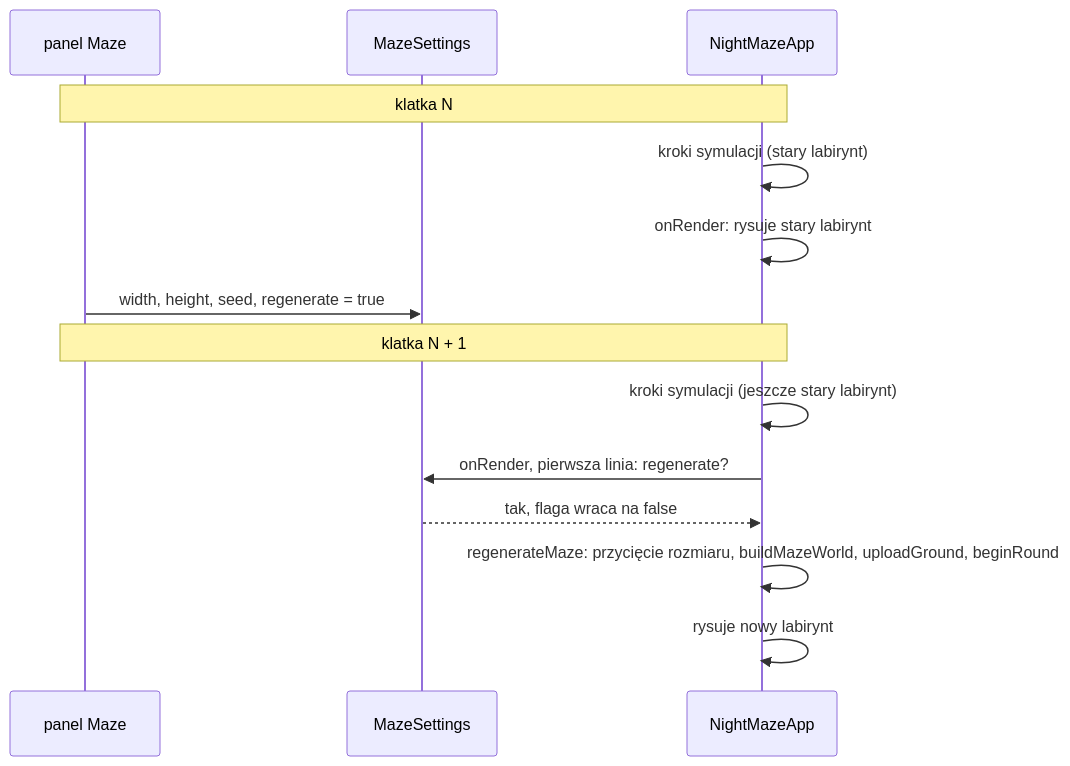
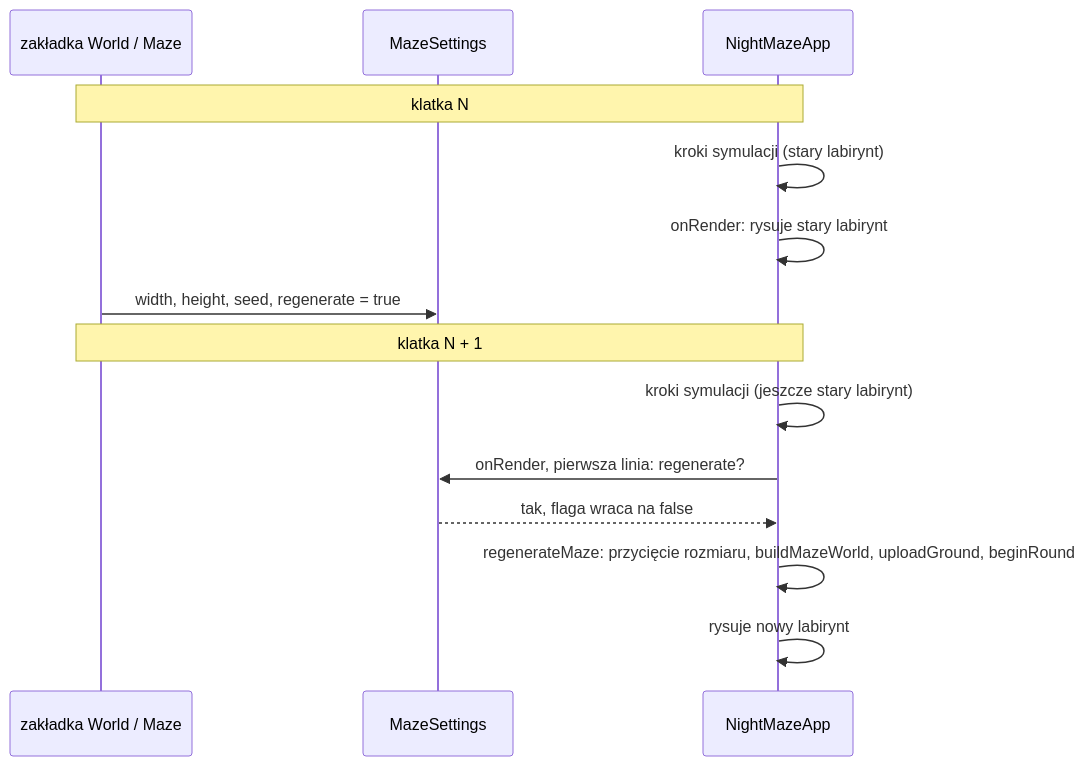
Before and after one commit to Shironex/night-maze: the second of 2 diagrams in docs/modules/game/maze-rendering.md, drawn with Mermaid. The commit also changed other lines of this file and 91 other files, not shown here.

````diff
--- a/docs/modules/game/maze-rendering.md
+++ b/docs/modules/game/maze-rendering.md
@@ -164,16 +164,16 @@
 ```mermaid
 sequenceDiagram
-    participant P as panel Maze
+    participant P as zakładka World / Maze
     participant S as MazeSettings
     participant A as NightMazeApp
     Note over P,A: klatka N
     A->>A: kroki symulacji (stary labirynt)
     A->>A: onRender: rysuje stary labirynt
     P->>S: width, height, seed, regenerate = true
     Note over P,A: klatka N + 1
     A->>A: kroki symulacji (jeszcze stary labirynt)
     A->>S: onRender, pierwsza linia: regenerate?
     S-->>A: tak, flaga wraca na false
     A->>A: regenerateMaze: przycięcie rozmiaru, buildMazeWorld, uploadGround, beginRound
     A->>A: rysuje nowy labirynt
 ```
````
